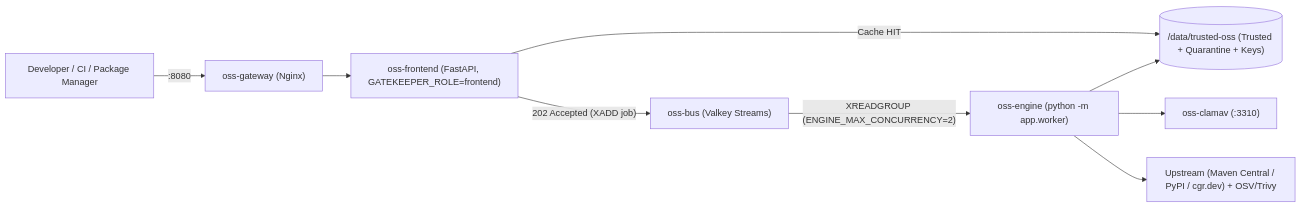
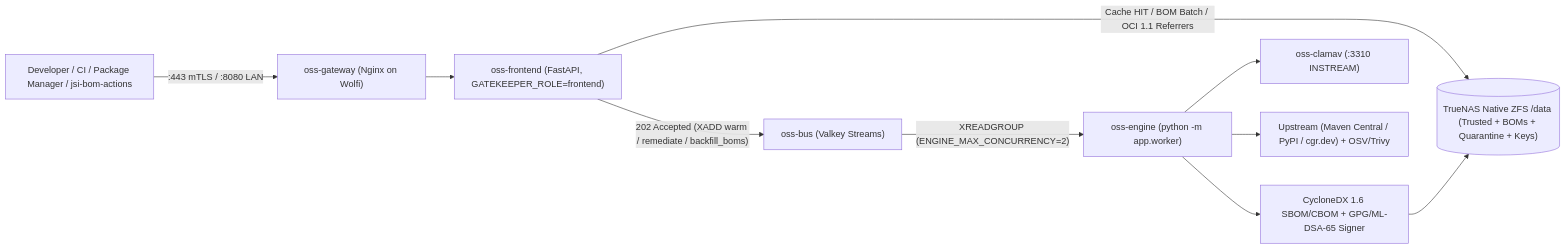
The diagram in docs/operations-manual.md (jsoehner/trusted-oss-harbor), drawn with Mermaid before and after one commit. The commit also changed other lines of this file and 4 other files, not shown here.

Commit message:
docs(architecture): update v1.6.0 visual architecture diagrams and add pluggable security capabilities map

````diff
--- a/docs/operations-manual.md
+++ b/docs/operations-manual.md
@@ -11,11 +13,12 @@
 ```mermaid
 flowchart LR
-    Dev["Developer / CI / Package Manager"] -->|":8080"| GW["oss-gateway (Nginx)"]
+    Dev["Developer / CI / Package Manager / jsi-bom-actions"] -->|":443 mTLS / :8080 LAN"| GW["oss-gateway (Nginx on Wolfi)"]
     GW --> FE["oss-frontend (FastAPI, GATEKEEPER_ROLE=frontend)"]
-    FE -->|"Cache HIT"| Store[("/data/trusted-oss (Trusted + Quarantine + Keys)")]
-    FE -->|"202 Accepted (XADD job)"| Bus["oss-bus (Valkey Streams)"]
+    FE -->|"Cache HIT / BOM Batch / OCI 1.1 Referrers"| Store[("TrueNAS Native ZFS /data (Trusted + BOMs + Quarantine + Keys)")]
+    FE -->|"202 Accepted (XADD warm / remediate / backfill_boms)"| Bus["oss-bus (Valkey Streams)"]
     Bus -->|"XREADGROUP (ENGINE_MAX_CONCURRENCY=2)"| Eng["oss-engine (python -m app.worker)"]
-    Eng --> Clam["oss-clamav (:3310)"]
+    Eng --> Clam["oss-clamav (:3310 INSTREAM)"]
     Eng --> Up["Upstream (Maven Central / PyPI / cgr.dev) + OSV/Trivy"]
-    Eng --> Store
+    Eng --> BOM["CycloneDX 1.6 SBOM/CBOM + GPG/ML-DSA-65 Signer"]
+    BOM --> Store
 ```
````
